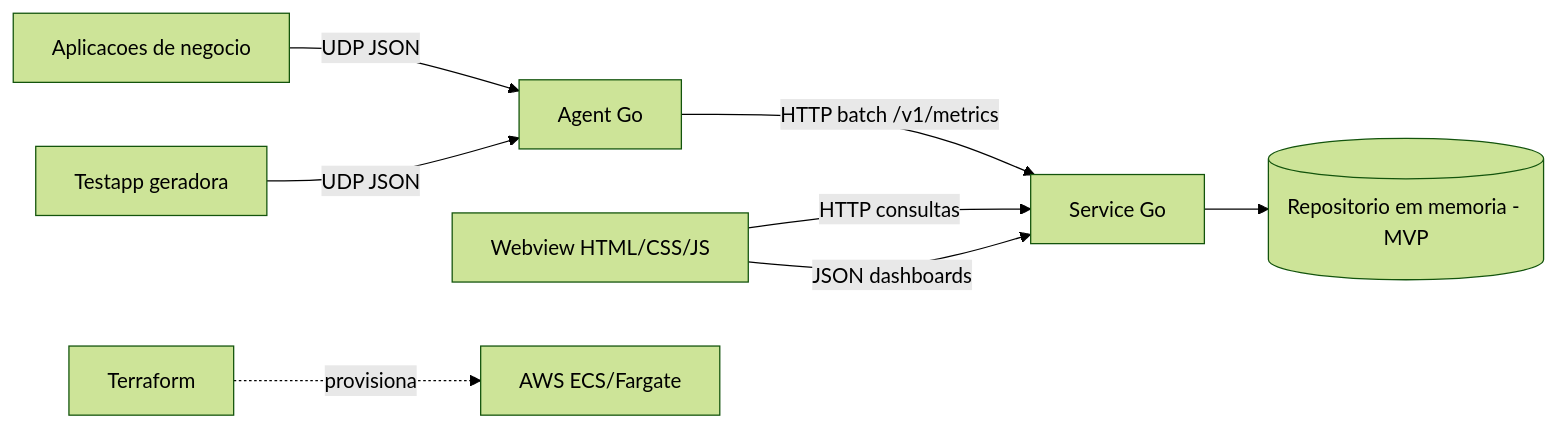
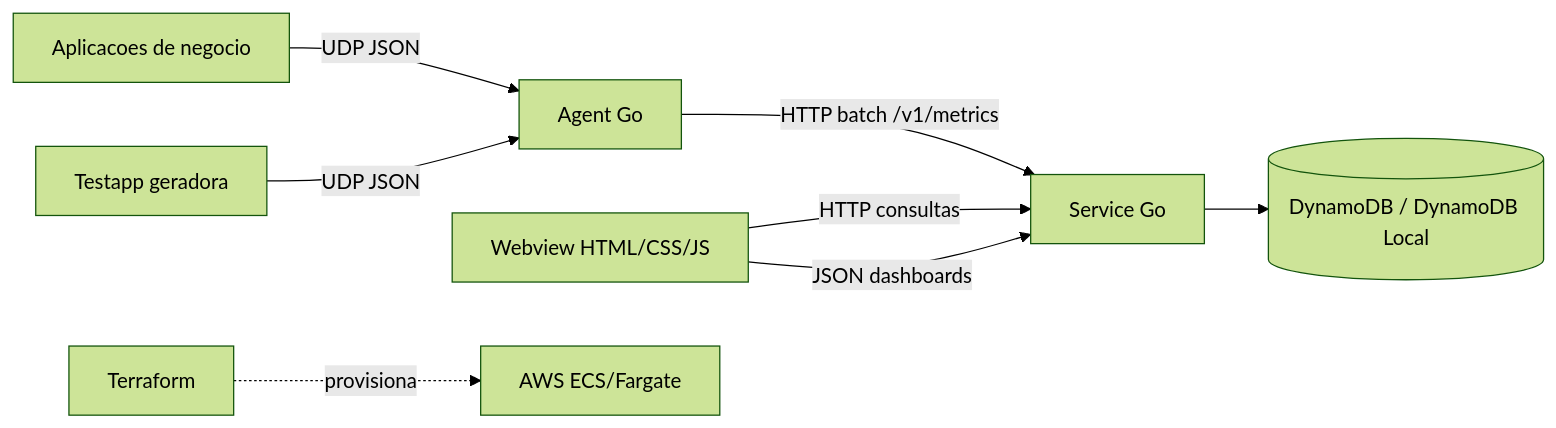
Before and after one commit to raywall/custom-business-metrics: the diagram in README.md, drawn with Mermaid (forest theme). The commit also changed other lines of this file and 23 other files, not shown here.

````diff
--- a/README.md
+++ b/README.md
@@ -30,10 +30,10 @@
 ```mermaid
 flowchart LR
     app[Aplicacoes de negocio] -->|UDP JSON| agent[Agent Go]
     generator[Testapp geradora] -->|UDP JSON| agent
     agent -->|HTTP batch /v1/metrics| service[Service Go]
-    service --> memory[(Repositorio em memoria - MVP)]
+    service --> dynamodb[(DynamoDB / DynamoDB Local)]
     webview[Webview HTML/CSS/JS] -->|HTTP consultas| service
     webview -->|JSON dashboards| service
     terraform[Terraform] -. provisiona .-> aws[AWS ECS/Fargate]
 ```
````
